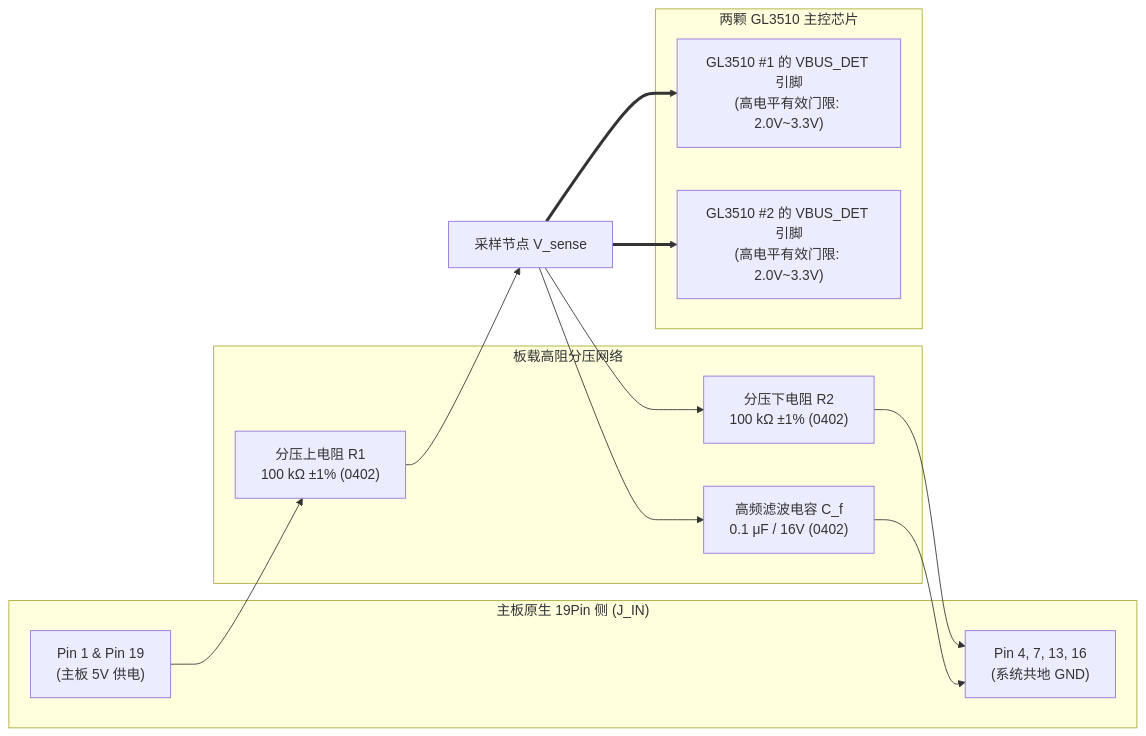
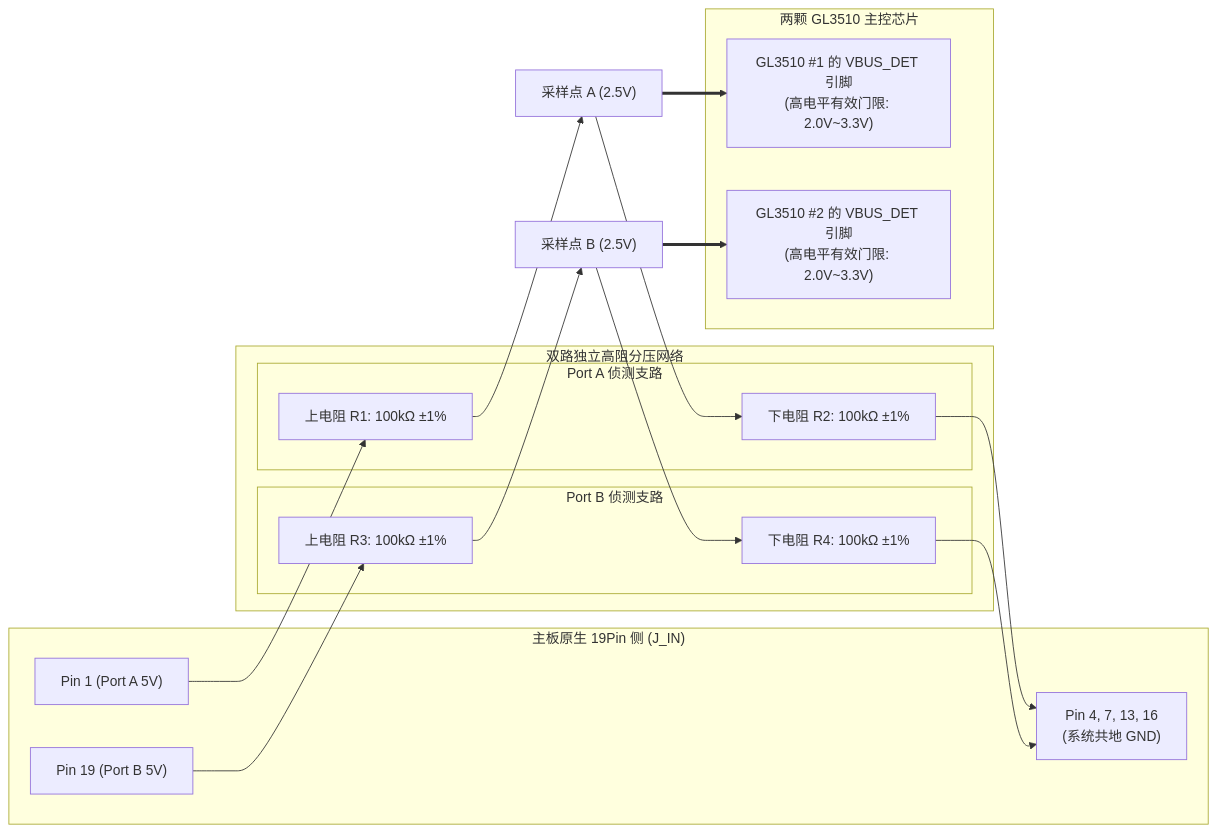
One commit to finnianryan/USB3_19Pin-Expansion-Board-Project changed the first of 3 diagrams in 02_System_Design/03_Power_Design.md. Above: the diagram before and after it, drawn with Mermaid. The commit also changed other lines of this file and 4 other files, not shown here.

````diff
--- a/02_System_Design/03_Power_Design.md
+++ b/02_System_Design/03_Power_Design.md
@@ -53,28 +53,34 @@
 ```mermaid
 flowchart LR
     subgraph Host_Side["主板原生 19Pin 侧 (J_IN)"]
-        MB_VBUS["Pin 1 & Pin 19<br>(主板 5V 供电)"]
+        MB_VBUS_A["Pin 1 (Port A 5V)"]
+        MB_VBUS_B["Pin 19 (Port B 5V)"]
         MB_GND["Pin 4, 7, 13, 16<br>(系统共地 GND)"]
     end
 
-    subgraph Sense_Network["板载高阻分压网络"]
-        R1["分压上电阻 R1<br>100 kΩ ±1% (0402)"]
-        R2["分压下电阻 R2<br>100 kΩ ±1% (0402)"]
-        C_filter["高频滤波电容 C_f<br>0.1 μF / 16V (0402)"]
+    subgraph Sense_Network["双路独立高阻分压网络"]
+        subgraph Channel_A["Port A 侦测支路"]
+            R1["上电阻 R1: 100kΩ ±1%"]
+            R2["下电阻 R2: 100kΩ ±1%"]
+        end
+        subgraph Channel_B["Port B 侦测支路"]
+            R3["上电阻 R3: 100kΩ ±1%"]
+            R4["下电阻 R4: 100kΩ ±1%"]
+        end
     end
 
     subgraph Controller_Side["两颗 GL3510 主控芯片"]
         U1_DET["GL3510 #1 的 VBUS_DET 引脚<br>(高电平有效门限: 2.0V~3.3V)"]
         U2_DET["GL3510 #2 的 VBUS_DET 引脚<br>(高电平有效门限: 2.0V~3.3V)"]
     end
 
-    MB_VBUS --> R1
-    R1 --> Node_Sense["采样节点 V_sense"]
-    Node_Sense --> R2
-    Node_Sense --> C_filter
-    R2 --> MB_GND
-    C_filter --> MB_GND
-    
-    Node_Sense ==> U1_DET
-    Node_Sense ==> U2_DET
+    MB_VBUS_A --> R1
+    R1 --> Node_A["采样点 A (2.5V)"]
+    Node_A --> R2 --> MB_GND
+    Node_A ==> U1_DET
+
+    MB_VBUS_B --> R3
+    R3 --> Node_B["采样点 B (2.5V)"]
+    Node_B --> R4 --> MB_GND
+    Node_B ==> U2_DET
 ```
````
